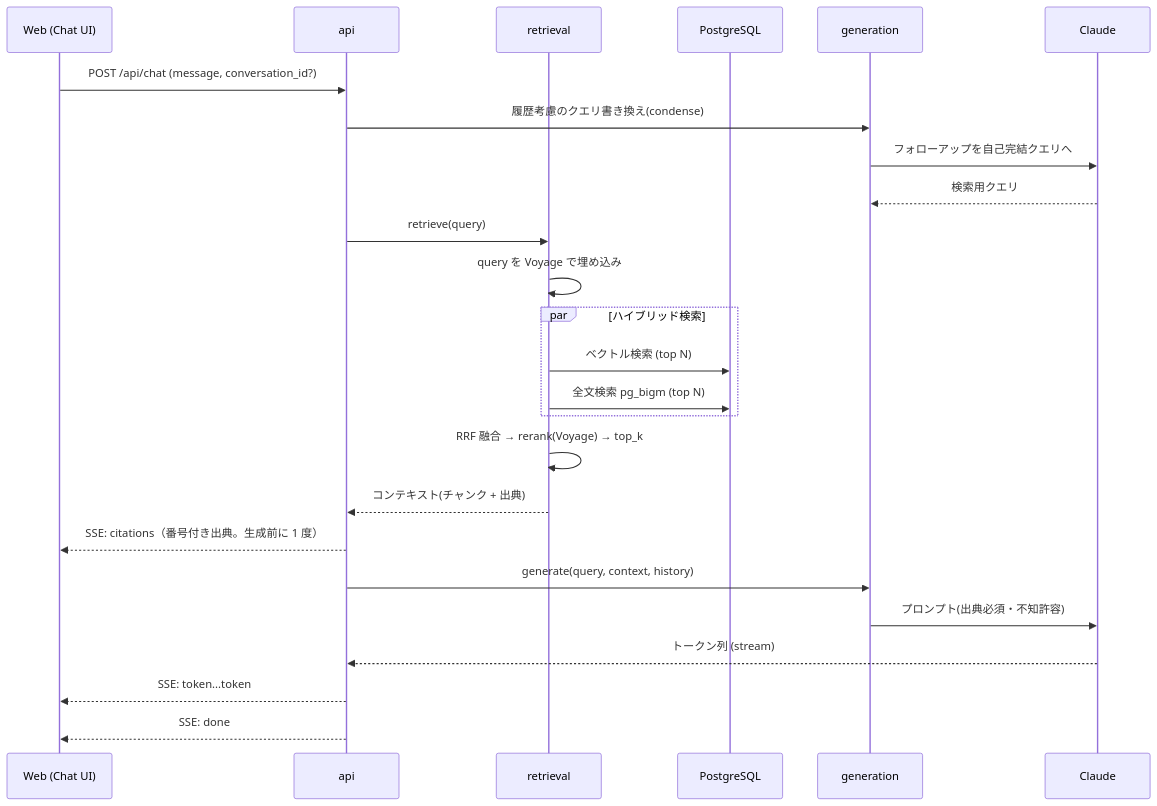
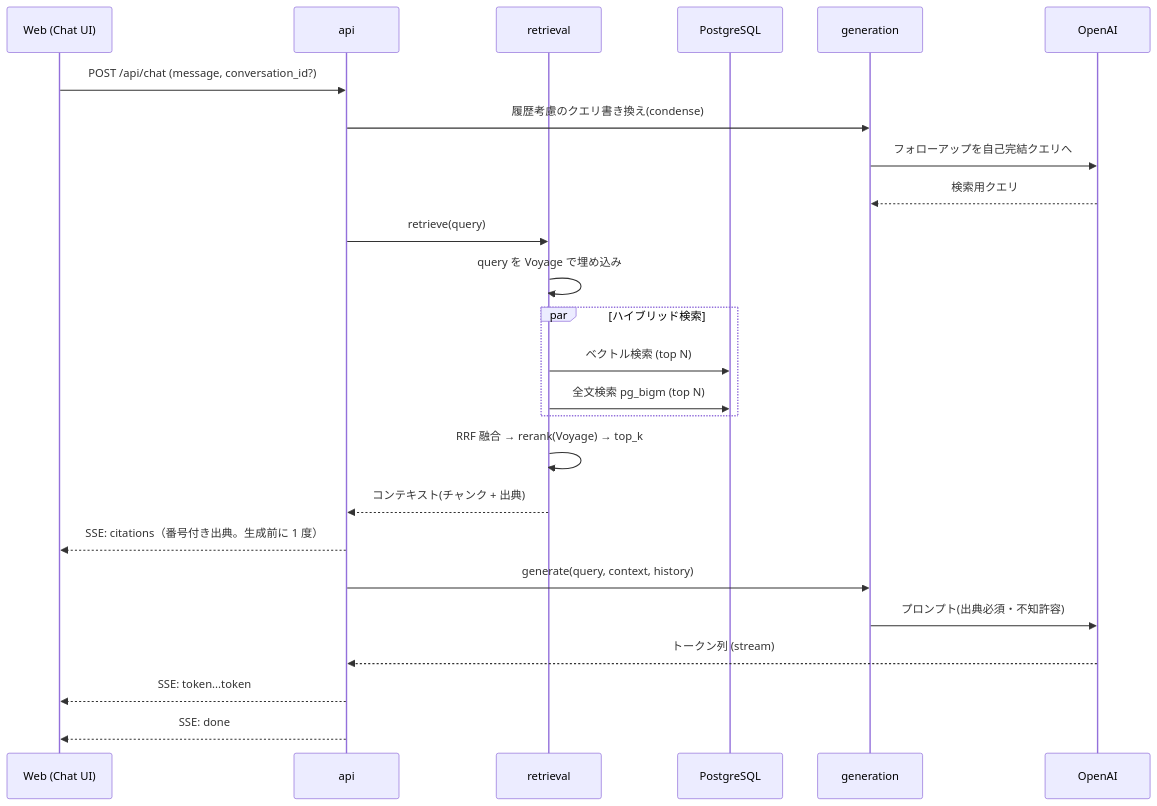
The third of 3 diagrams in docs/architecture.md (mskzuki/private_rag_apps), drawn with Mermaid before and after one commit. The commit also changed other lines of this file and 23 other files, not shown here.

````diff
--- a/docs/architecture.md
+++ b/docs/architecture.md
@@ -107,28 +107,28 @@
 ```mermaid
 sequenceDiagram
     participant U as Web (Chat UI)
     participant API as api
     participant R as retrieval
     participant PG as PostgreSQL
     participant G as generation
-    participant LLM as Claude
+    participant LLM as OpenAI
 
     U->>API: POST /api/chat (message, conversation_id?)
     API->>G: 履歴考慮のクエリ書き換え(condense)
     G->>LLM: フォローアップを自己完結クエリへ
     LLM-->>G: 検索用クエリ
     API->>R: retrieve(query)
     R->>R: query を Voyage で埋め込み
     par ハイブリッド検索
         R->>PG: ベクトル検索 (top N)
         R->>PG: 全文検索 pg_bigm (top N)
     end
     R->>R: RRF 融合 → rerank(Voyage) → top_k
     R-->>API: コンテキスト(チャンク + 出典)
     API-->>U: SSE: citations（番号付き出典。生成前に 1 度）
     API->>G: generate(query, context, history)
     G->>LLM: プロンプト(出典必須・不知許容)
     LLM-->>API: トークン列 (stream)
     API-->>U: SSE: token...token
     API-->>U: SSE: done
 ```
````
